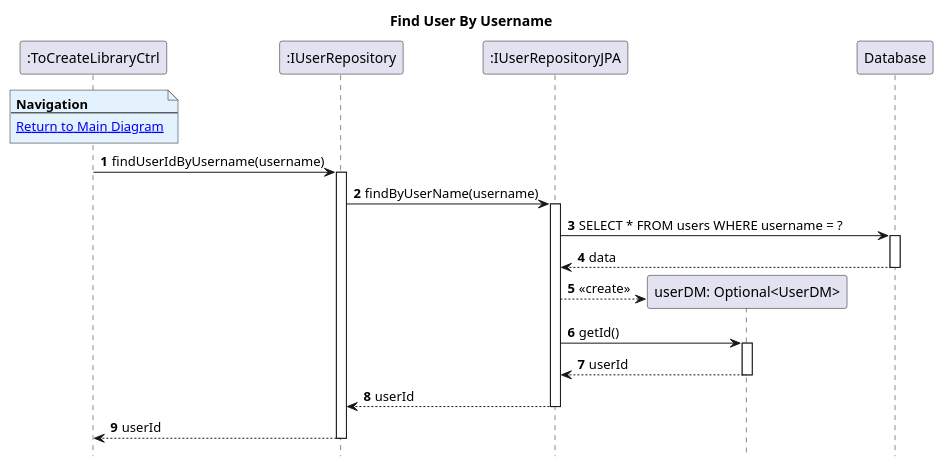
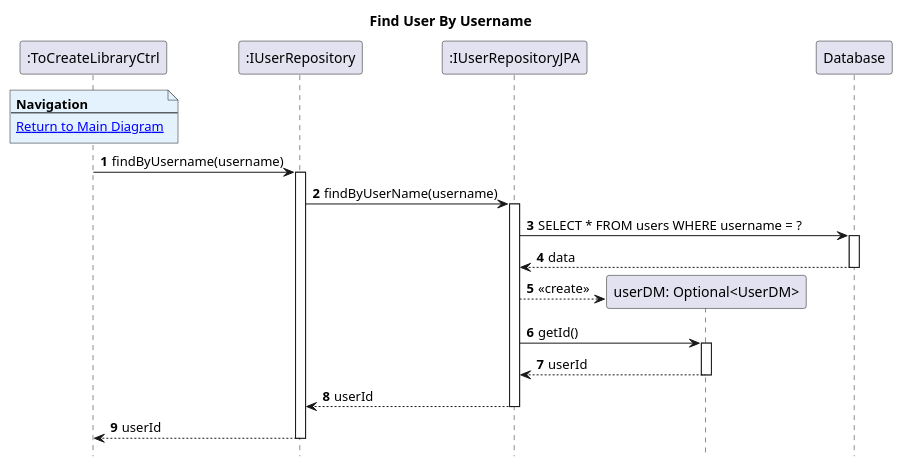
The diagram in Diagrams/SequenceDiagrams/N2/To-Create-Library/2.FindUserByUsername.puml (AndrePereiraGitH/SWitCH-Project-Team_A), drawn with PlantUML before and after one commit. The commit also changed 4 other files, not shown here.

Commit message:
refactor #651 #699 #674: fix class diagram JPA interface relationships

```diff
--- a/Diagrams/SequenceDiagrams/N2/To-Create-Library/2.FindUserByUsername.puml
+++ b/Diagrams/SequenceDiagrams/N2/To-Create-Library/2.FindUserByUsername.puml
@@ -1,41 +1,41 @@
 @startuml
 hide footbox
 autonumber
 title Find User By Username
 
 participant ":ToCreateLibraryCtrl" as Ctrl
 participant ":IUserRepository" as userRepo
 participant ":IUserRepositoryJPA" as userJpa
 participant "userDM: Optional<UserDM>" as userDM
 participant "Database" as db
 
 note over Ctrl #E3F2FD
 <b>Navigation</b>
 ---
 [[1.MainDiagram.puml Return to Main Diagram]]
 end note
 
-Ctrl -> userRepo: findUserIdByUsername(username)
+Ctrl -> userRepo: findByUsername(username)
 activate userRepo
 
 userRepo -> userJpa: findByUserName(username)
 activate userJpa
 
 userJpa -> db: SELECT * FROM users WHERE username = ?
 activate db
 db --> userJpa: data
 deactivate db
 
 userJpa --> userDM**: <<create>>
 userJpa -> userDM: getId()
 activate userDM
 userDM --> userJpa: userId
 deactivate userDM
 
 userJpa --> userRepo: userId
 deactivate userJpa
 
 userRepo --> Ctrl: userId
 deactivate userRepo
 
 @enduml
```
